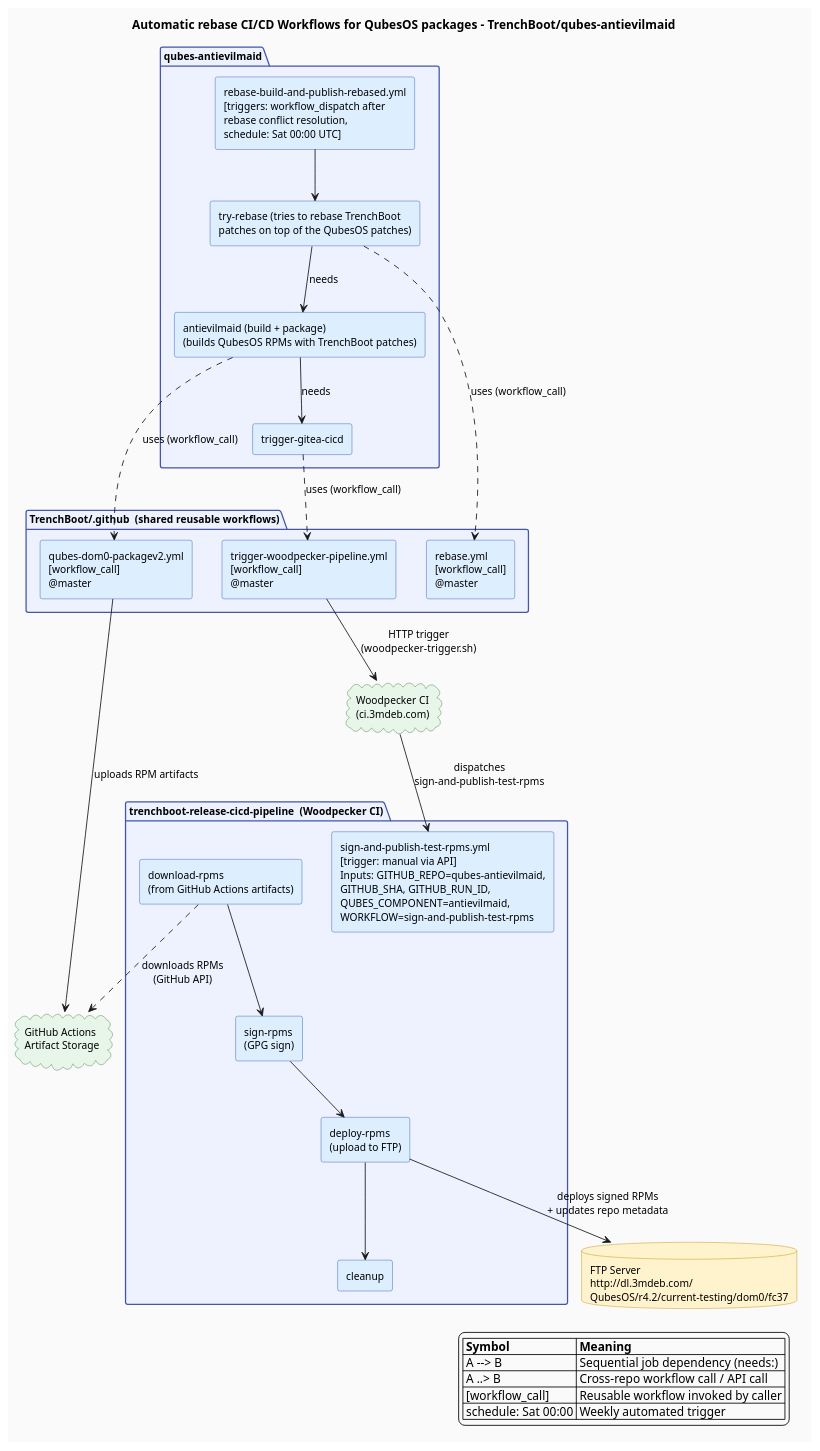
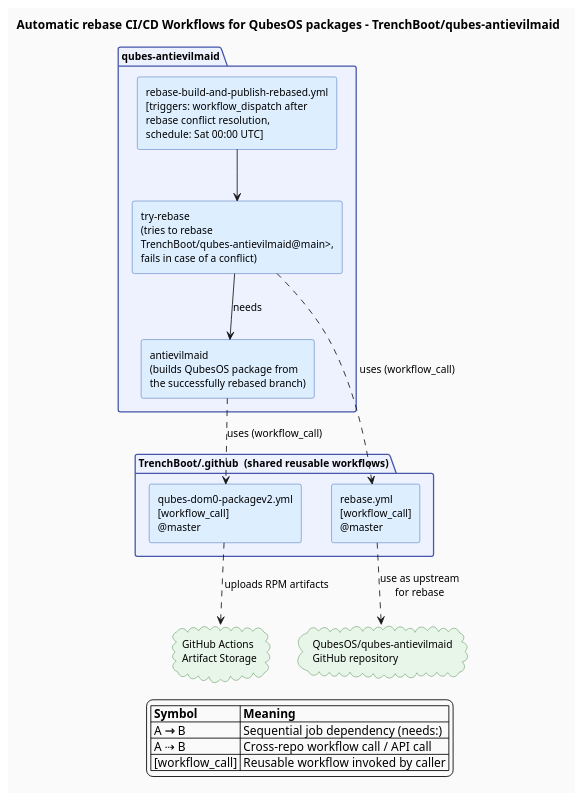
The diagram in docs/img/cicd-diagram-qubes-antievilmaid.puml (TrenchBoot/TrenchBoot.github.io), drawn with PlantUML before and after one commit. The commit also changed 11 other files, not shown here.

```diff
--- a/docs/img/cicd-diagram-qubes-antievilmaid.puml
+++ b/docs/img/cicd-diagram-qubes-antievilmaid.puml
@@ -1,108 +1,75 @@
 @startuml
 skinparam backgroundColor #FAFAFA
 skinparam componentStyle rectangle
 skinparam defaultFontName Monospace
 skinparam defaultFontSize 12
 
 skinparam package {
   BackgroundColor #EEF2FF
   BorderColor #4455AA
   FontStyle bold
 }
 
 skinparam component {
   BackgroundColor #DDEEFF
   BorderColor #2255AA
 }
 
 skinparam database {
   BackgroundColor #FFF3CD
   BorderColor #BB8800
 }
 
 skinparam cloud {
   BackgroundColor #E8F5E9
   BorderColor #2E7D32
 }
 
 title Automatic rebase CI/CD Workflows for QubesOS packages - TrenchBoot/qubes-antievilmaid
 
 ' ─────────────────────────────────────
 ' SHARED WORKFLOWS (.github repository)
 ' ─────────────────────────────────────
 package "TrenchBoot/.github  (shared reusable workflows)" as shared {
   component "rebase.yml\n[workflow_call]\n@master" as rebase_wf
   component "qubes-dom0-packagev2.yml\n[workflow_call]\n@master" as pkg_wf
-  component "trigger-woodpecker-pipeline.yml\n[workflow_call]\n@master" as trigger_wf
 }
 
 ' ─────────────────────────────────────
 ' QUBES-ANTIEVILMAID repository
 ' ─────────────────────────────────────
 package "qubes-antievilmaid" as aem_repo {
 
     component "rebase-build-and-publish-rebased.yml\n[triggers: workflow_dispatch after\nrebase conflict resolution,\nschedule: Sat 00:00 UTC]" as aem_rebase
 
-  component "try-rebase (tries to rebase TrenchBoot\npatches on top of the QubesOS patches)" as aem_j1
-  component "antievilmaid (build + package)\n(builds QubesOS RPMs with TrenchBoot patches)" as aem_j2
-  component "trigger-gitea-cicd" as aem_j3
+  component "try-rebase\n(tries to rebase\nTrenchBoot/qubes-antievilmaid@main>,\nfails in case of a conflict)" as aem_j1
+  component "antievilmaid\n(builds QubesOS package from\nthe successfully rebased branch)" as aem_j2
 
   aem_rebase --> aem_j1
   aem_j1 --> aem_j2 : needs
-  aem_j2 --> aem_j3 : needs
-}
-
-' ─────────────────────────────────────
-' TRENCHBOOT-RELEASE-CICD-PIPELINE (Woodpecker)
-' ─────────────────────────────────────
-package "trenchboot-release-cicd-pipeline  (Woodpecker CI)" as wp_repo {
-  component "sign-and-publish-test-rpms.yml\n[trigger: manual via API]\nInputs: GITHUB_REPO=qubes-antievilmaid,\nGITHUB_SHA, GITHUB_RUN_ID,\nQUBES_COMPONENT=antievilmaid,\nWORKFLOW=sign-and-publish-test-rpms" as wp_pipeline
-
-  component "download-rpms\n(from GitHub Actions artifacts)" as wp_s1
-  component "sign-rpms\n(GPG sign)" as wp_s2
-  component "deploy-rpms\n(upload to FTP)" as wp_s3
-  component "cleanup" as wp_s4
-
-  wp_s1 --> wp_s2
-  wp_s2 --> wp_s3
-  wp_s3 --> wp_s4
 }
 
 ' ─────────────────────────────────────
 ' EXTERNAL SYSTEMS
 ' ─────────────────────────────────────
 cloud "GitHub Actions\nArtifact Storage" as gh_artifacts
-database "FTP Server\nhttp://dl.3mdeb.com/\nQubesOS/r4.2/current-testing/dom0/fc37" as ftp_server
-cloud "Woodpecker CI\n(ci.3mdeb.com)" as woodpecker_ci
+cloud "QubesOS/qubes-antievilmaid\nGitHub repository" as qubes_repo
 
 ' ─────────────────────────────────────
 ' CROSS-REPO CALLS: qubes-antievilmaid → shared
 ' ─────────────────────────────────────
 aem_j1 ..> rebase_wf : uses (workflow_call)
 aem_j2 ..> pkg_wf : uses (workflow_call)
-aem_j3 ..> trigger_wf : uses (workflow_call)
-
-' ─────────────────────────────────────
-' TRIGGER: GitHub Actions → Woodpecker
-' ─────────────────────────────────────
-pkg_wf --> gh_artifacts : uploads RPM artifacts
-trigger_wf --> woodpecker_ci : HTTP trigger\n(woodpecker-trigger.sh)
-woodpecker_ci --> wp_pipeline : dispatches\nsign-and-publish-test-rpms
-
-' ─────────────────────────────────────
-' WOODPECKER PIPELINE → external
-' ─────────────────────────────────────
-wp_s1 ..> gh_artifacts : downloads RPMs\n(GitHub API)
-wp_s3 --> ftp_server : deploys signed RPMs\n+ updates repo metadata
+rebase_wf ..> qubes_repo : use as upstream\nfor rebase
+pkg_wf ..> gh_artifacts : uploads RPM artifacts
 
 ' ─────────────────────────────────────
 ' LEGEND
 ' ─────────────────────────────────────
 legend right
   |= Symbol |= Meaning |
-  | A --> B | Sequential job dependency (needs:) |
-  | A ..> B | Cross-repo workflow call / API call |
+  | A <b>⇾</b> B | Sequential job dependency (needs:) |
+  | A ⇢ B | Cross-repo workflow call / API call |
   | [workflow_call] | Reusable workflow invoked by caller |
-  | schedule: Sat 00:00 | Weekly automated trigger |
 endlegend
 @enduml
```
